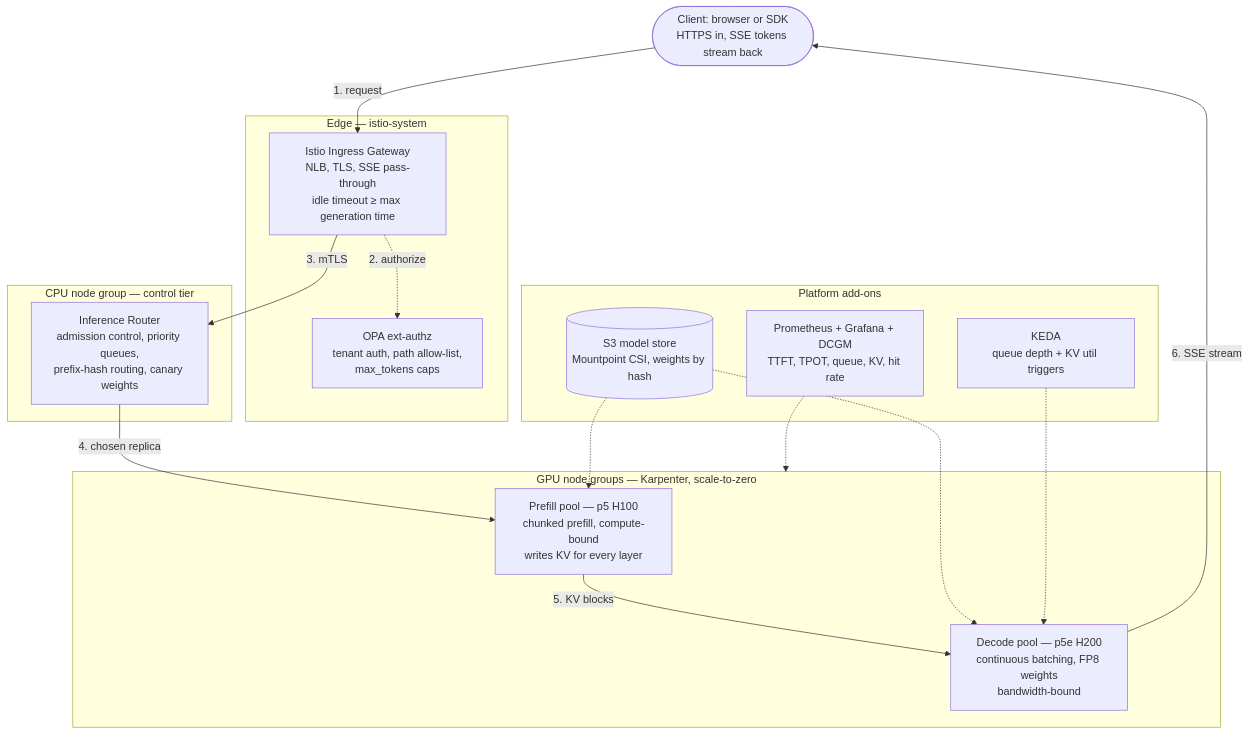
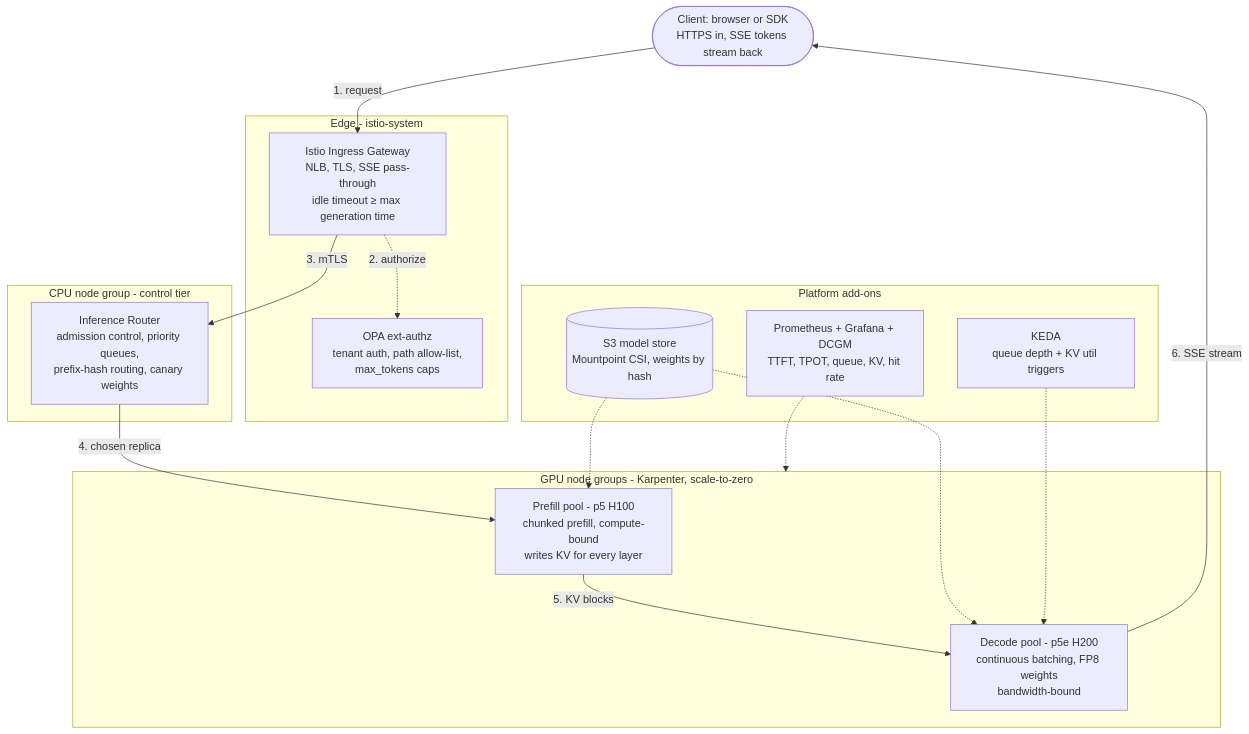
Before and after one commit to ai-instinct/enterprise-ai-inference-eks: the diagram in docs/architecture.md, drawn with Mermaid. The commit also changed other lines of this file and 7 other files, not shown here.

First line of the commit message:
docs: animated request-flow banner, icon-only logos, model weight path

````diff
--- a/docs/architecture.md
+++ b/docs/architecture.md
@@ -5,36 +5,36 @@
 ```mermaid
 flowchart TB
     client([Client: browser or SDK<br/>HTTPS in, SSE tokens stream back])
 
-    subgraph edge [Edge — istio-system]
+    subgraph edge [Edge - istio-system]
         gw[Istio Ingress Gateway<br/>NLB, TLS, SSE pass-through<br/>idle timeout ≥ max generation time]
         opa[OPA ext-authz<br/>tenant auth, path allow-list,<br/>max_tokens caps]
     end
 
-    subgraph cpu [CPU node group — control tier]
+    subgraph cpu [CPU node group - control tier]
         router[Inference Router<br/>admission control, priority queues,<br/>prefix-hash routing, canary weights]
     end
 
-    subgraph gpu [GPU node groups — Karpenter, scale-to-zero]
-        prefill[Prefill pool — p5 H100<br/>chunked prefill, compute-bound<br/>writes KV for every layer]
-        decode[Decode pool — p5e H200<br/>continuous batching, FP8 weights<br/>bandwidth-bound]
+    subgraph gpu [GPU node groups - Karpenter, scale-to-zero]
+        prefill[Prefill pool - p5 H100<br/>chunked prefill, compute-bound<br/>writes KV for every layer]
+        decode[Decode pool - p5e H200<br/>continuous batching, FP8 weights<br/>bandwidth-bound]
     end
 
     subgraph addons [Platform add-ons]
         s3[(S3 model store<br/>Mountpoint CSI, weights by hash)]
         keda[KEDA<br/>queue depth + KV util triggers]
         prom[Prometheus + Grafana + DCGM<br/>TTFT, TPOT, queue, KV, hit rate]
     end
 
     client -->|1. request| gw
     gw -.->|2. authorize| opa
     gw -->|3. mTLS| router
     router -->|4. chosen replica| prefill
     prefill -->|5. KV blocks| decode
     decode -->|6. SSE stream| client
 
     s3 -.-> prefill
     s3 -.-> decode
     keda -.-> decode
     prom -.-> gpu
 ```
````
